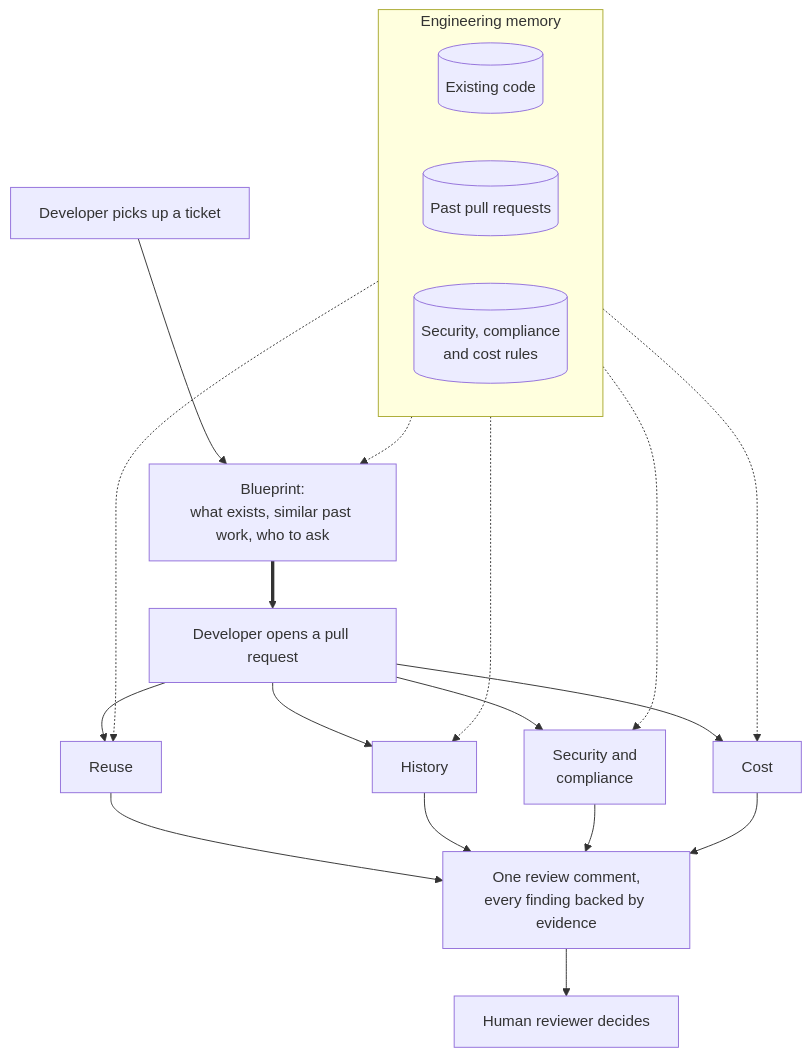
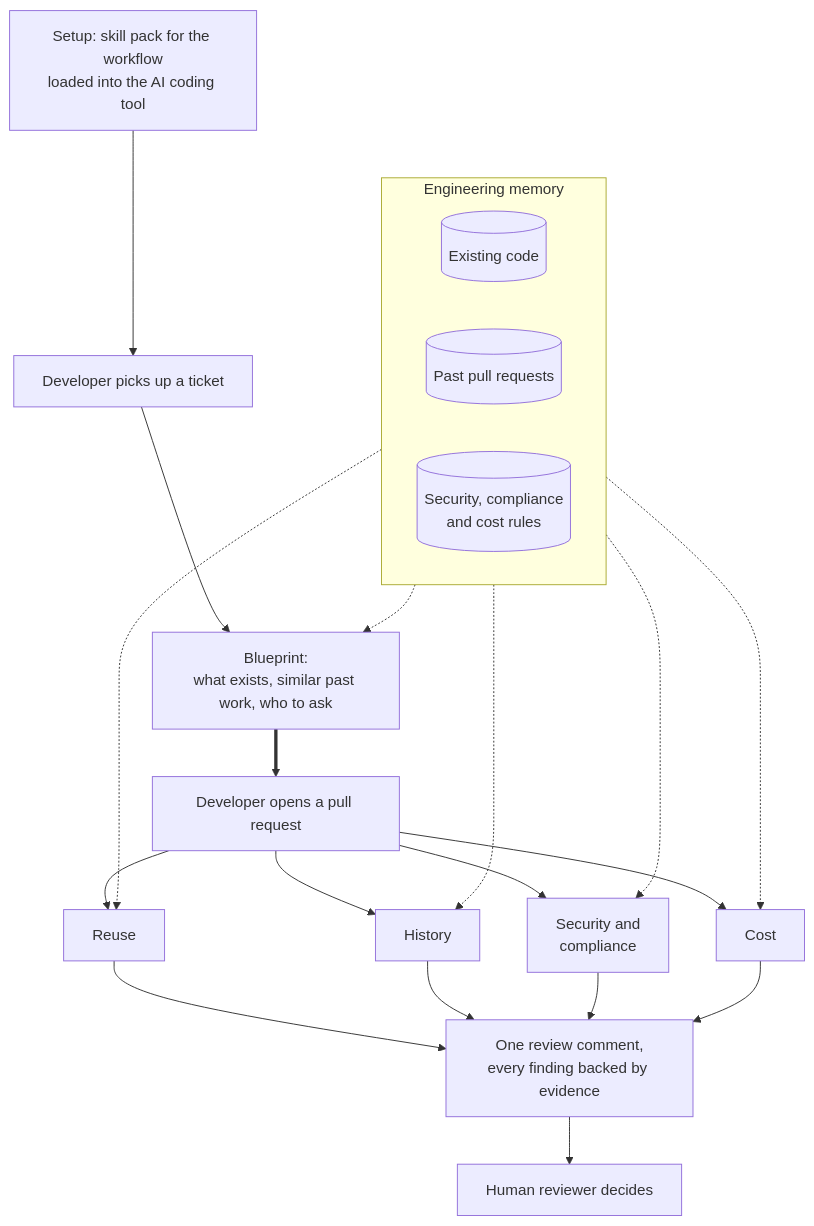
Before and after one commit to vamsikodavali/Natwest-PRAgent: the diagram in README.md, drawn with Mermaid. The commit also changed other lines of this file, not shown here.

Commit message:
Add setup-time skill packs to README

````diff
--- a/README.md
+++ b/README.md
@@ -28,18 +29,19 @@
 ```mermaid
 flowchart TB
     subgraph K ["Engineering memory"]
         direction LR
         Code[("Existing code")]
         Past[("Past pull requests")]
         Rules[("Security, compliance<br/>and cost rules")]
     end
 
+    Setup["Setup: skill pack for the workflow<br/>loaded into the AI coding tool"] --> Ticket
     Ticket["Developer picks up a ticket"] --> Blueprint["Blueprint:<br/>what exists, similar past work, who to ask"]
     Blueprint ==> PR["Developer opens a pull request"]
     PR --> Reuse["Reuse"] & History["History"] & Sec["Security and<br/>compliance"] & Cost["Cost"]
     Reuse & History & Sec & Cost --> Report["One review comment,<br/>every finding backed by evidence"]
     Report --> Human["Human reviewer decides"]
 
     K -.-> Blueprint
     K -.-> Reuse & History & Sec & Cost
 ```
````
